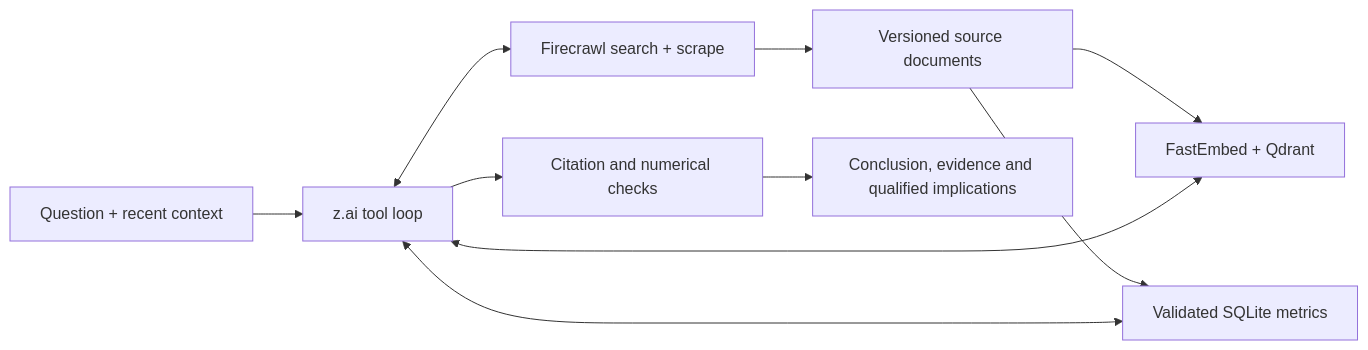
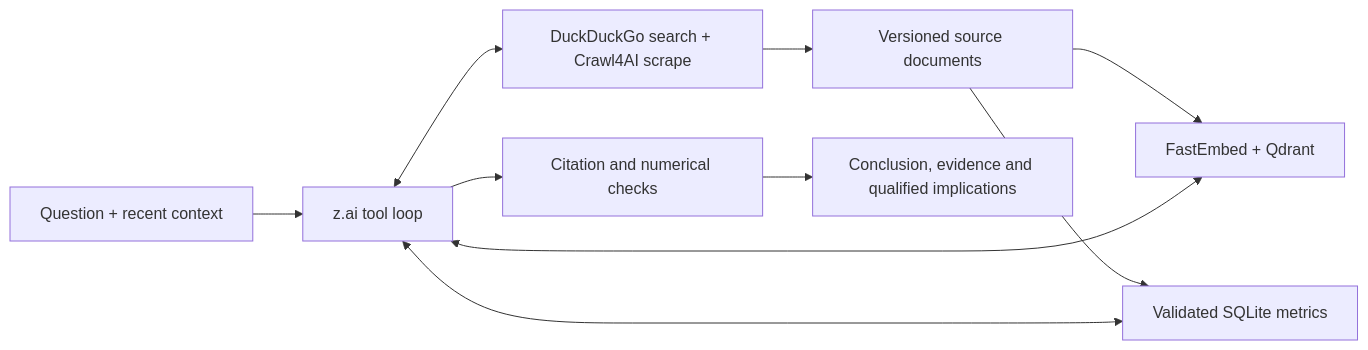
The diagram in README.md (socialsmoker223/cre-london-agent), drawn with Mermaid before and after one commit. The commit also changed other lines of this file and 20 other files, not shown here.

````diff
--- a/README.md
+++ b/README.md
@@ -34,12 +34,12 @@
 ```mermaid
 flowchart LR
   Q[Question + recent context] --> A[z.ai tool loop]
-  A <--> W[Firecrawl search + scrape]
+  A <--> W[DuckDuckGo search + Crawl4AI scrape]
   W --> D[Versioned source documents]
   D --> V[FastEmbed + Qdrant]
   D --> M[Validated SQLite metrics]
   A <--> V
   A <--> M
   A --> C[Citation and numerical checks]
   C --> R[Conclusion, evidence and qualified implications]
 ```
````
